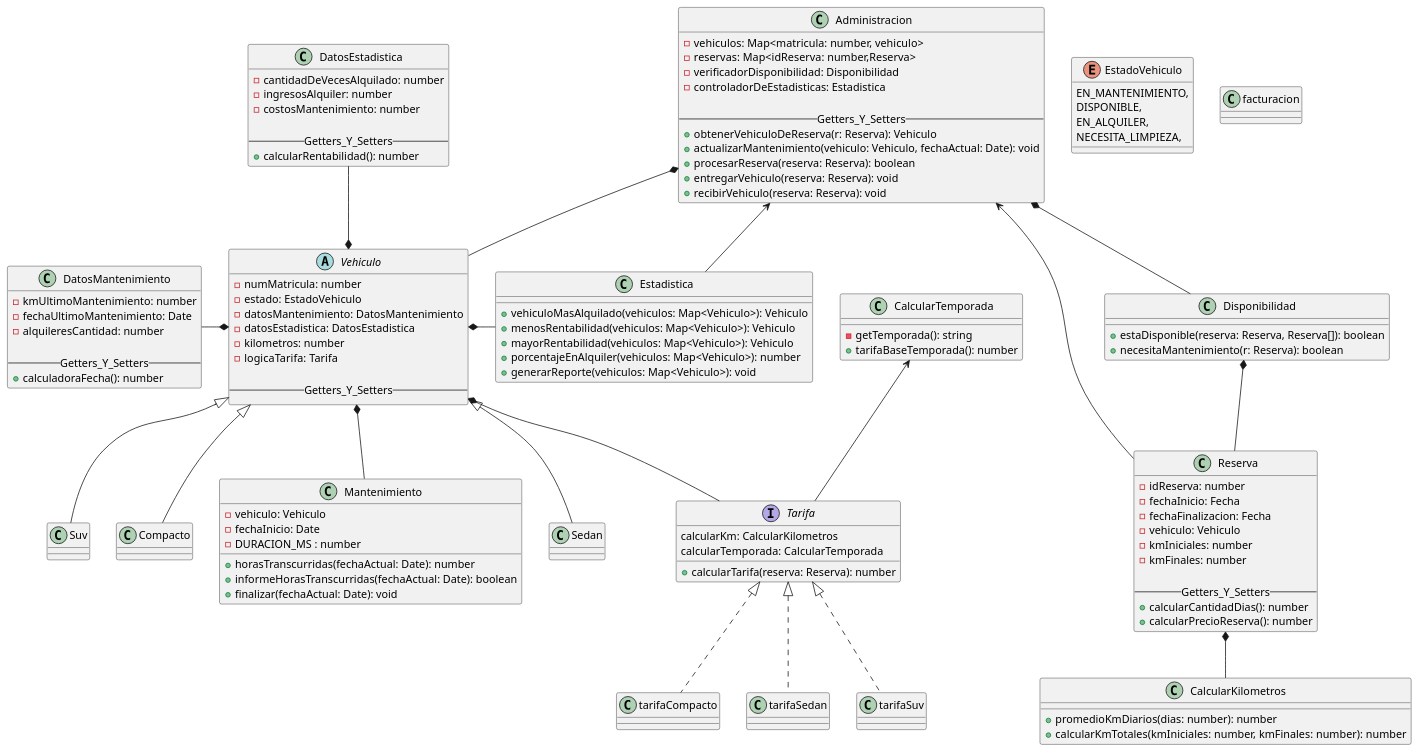
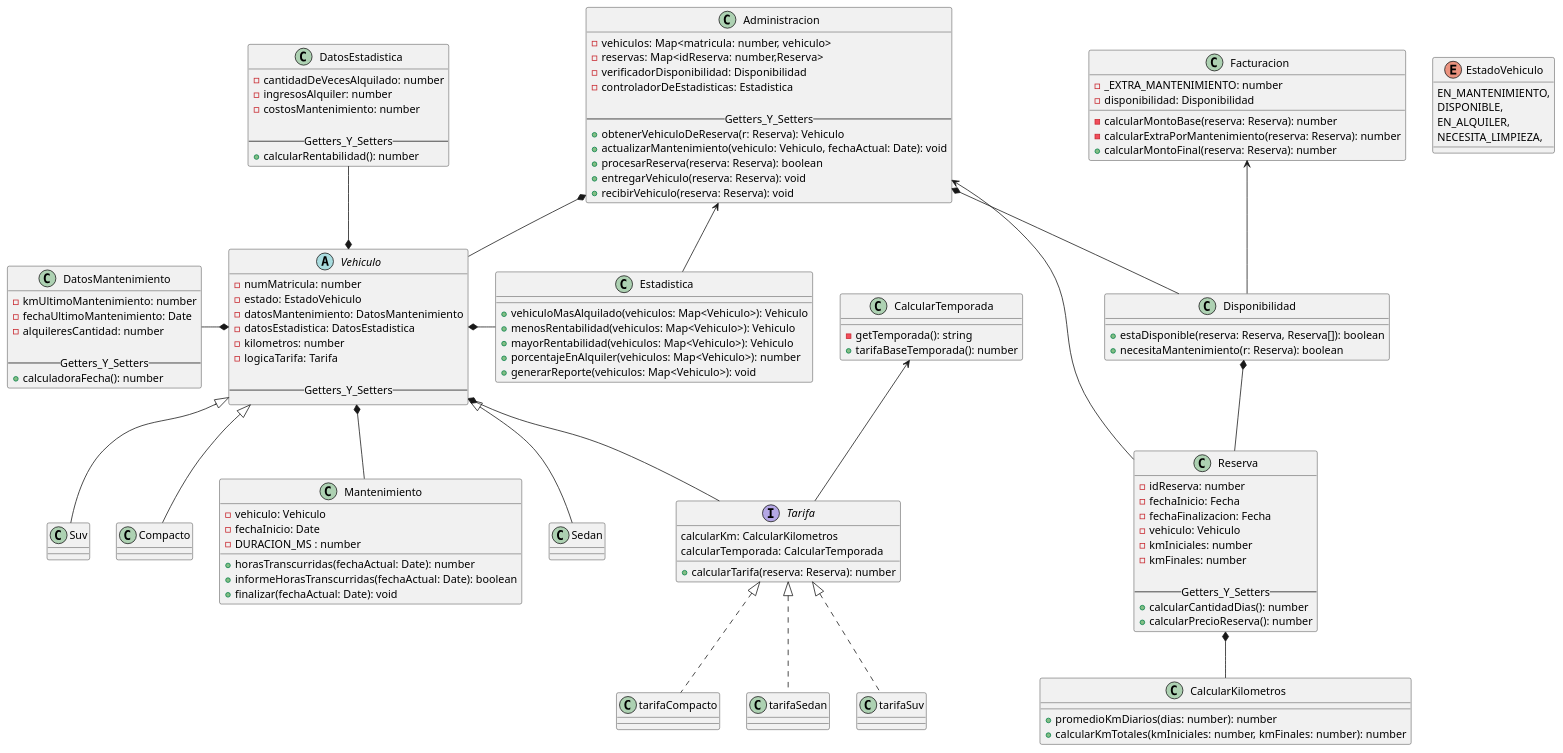
The diagram in diagramas/clases/clases.puml (Nash-Blip/Programaci-n-II), drawn with PlantUML before and after one commit. The commit also changed 4 other files, not shown here.

Commit message:
Facturacion, test y agregue al diagrama

```diff
--- a/diagramas/clases/clases.puml
+++ b/diagramas/clases/clases.puml
@@ -1,134 +1,140 @@
 @startuml name prototipoTP
 
 abstract class Vehiculo{
     - numMatricula: number
     - estado: EstadoVehiculo
     - datosMantenimiento: DatosMantenimiento
     - datosEstadistica: DatosEstadistica
     - kilometros: number
     - logicaTarifa: Tarifa
 
     --Getters_Y_Setters--
 }
 
 class Sedan extends Vehiculo{}
 class Suv extends Vehiculo{}
 class Compacto extends Vehiculo{}
 
 class CalcularTemporada{
     -getTemporada(): string
     +tarifaBaseTemporada(): number
 }
 
 class DatosEstadistica{
     -cantidadDeVecesAlquilado: number
     -ingresosAlquiler: number
     -costosMantenimiento: number
 
     --Getters_Y_Setters--
     +calcularRentabilidad(): number
 }
 
 class Mantenimiento{
     - vehiculo: Vehiculo
     - fechaInicio: Date
     - DURACION_MS : number
 
     +horasTranscurridas(fechaActual: Date): number
     +informeHorasTranscurridas(fechaActual: Date): boolean
     +finalizar(fechaActual: Date): void
 }
 
 class DatosMantenimiento{
     -kmUltimoMantenimiento: number
     -fechaUltimoMantenimiento: Date 
     -alquileresCantidad: number
 
     --Getters_Y_Setters--
     + calculadoraFecha(): number
 }
 
 interface Tarifa{
     calcularKm: CalcularKilometros
     calcularTemporada: CalcularTemporada
     +calcularTarifa(reserva: Reserva): number
 }
 
 class tarifaSuv implements Tarifa{}
 
 class tarifaCompacto implements Tarifa{}
 
 class tarifaSedan implements Tarifa{}
 
 class Reserva{
     -idReserva: number
     -fechaInicio: Fecha
     -fechaFinalizacion: Fecha
     -vehiculo: Vehiculo
     -kmIniciales: number
     -kmFinales: number
 
     --Getters_Y_Setters--
     +calcularCantidadDias(): number
     +calcularPrecioReserva(): number
 }
 
 class CalcularKilometros{
     +promedioKmDiarios(dias: number): number
     +calcularKmTotales(kmIniciales: number, kmFinales: number): number
 }
 
 enum EstadoVehiculo{
     EN_MANTENIMIENTO,
     DISPONIBLE,
     EN_ALQUILER,
     NECESITA_LIMPIEZA,
 }
 
-class facturacion{
+class Facturacion {
+    - _EXTRA_MANTENIMIENTO: number
+    - disponibilidad: Disponibilidad
 
+    - calcularMontoBase(reserva: Reserva): number
+    - calcularExtraPorMantenimiento(reserva: Reserva): number
+    + calcularMontoFinal(reserva: Reserva): number
 }
 
 class Administracion{
     -vehiculos: Map<matricula: number, vehiculo>
     -reservas: Map<idReserva: number,Reserva>
     -verificadorDisponibilidad: Disponibilidad
     -controladorDeEstadisticas: Estadistica
 
     --Getters_Y_Setters--
     +obtenerVehiculoDeReserva(r: Reserva): Vehiculo
     +actualizarMantenimiento(vehiculo: Vehiculo, fechaActual: Date): void
     +procesarReserva(reserva: Reserva): boolean
     +entregarVehiculo(reserva: Reserva): void
     +recibirVehiculo(reserva: Reserva): void
 }
 
 class Disponibilidad{
     + estaDisponible(reserva: Reserva, Reserva[]): boolean
     + necesitaMantenimiento(r: Reserva): boolean
 }
 
 class Estadistica{
     + vehiculoMasAlquilado(vehiculos: Map<Vehiculo>): Vehiculo
     + menosRentabilidad(vehiculos: Map<Vehiculo>): Vehiculo
     + mayorRentabilidad(vehiculos: Map<Vehiculo>): Vehiculo
     + porcentajeEnAlquiler(vehiculos: Map<Vehiculo>): number
     + generarReporte(vehiculos: Map<Vehiculo>): void
 }
 
 
 ' Relaciones
 Vehiculo *-- Tarifa
 Administracion *-- Vehiculo
 Disponibilidad *-- Reserva
 Reserva *-- CalcularKilometros
 Administracion *-- Disponibilidad
 Administracion <-- Reserva
 Vehiculo *-u- DatosEstadistica
 Vehiculo *-l- DatosMantenimiento
 Vehiculo *-r- Estadistica
 CalcularTemporada <-- Tarifa
 Vehiculo *-- Mantenimiento
 Administracion <-- Estadistica
+Facturacion <-- Disponibilidad
 
 @enduml
```
